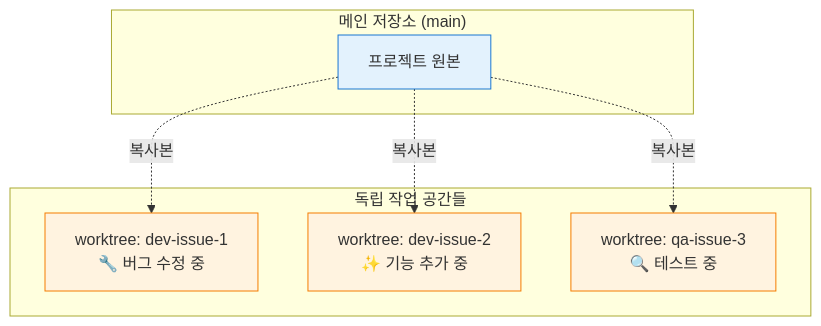
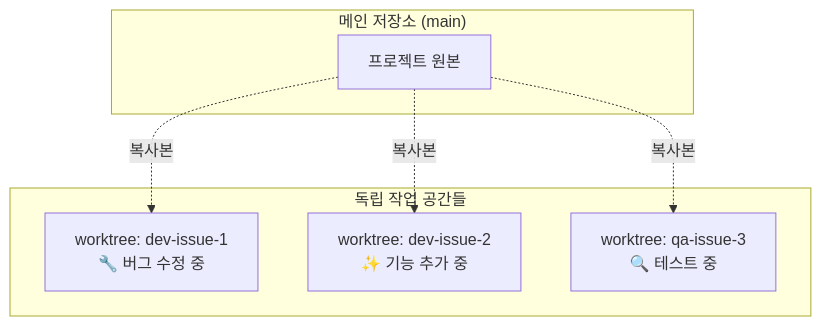
The sixth of 17 diagrams in README.md (tykimos/assiharness), drawn with Mermaid before and after one commit. The commit also changed other lines of this file, not shown here.

First line of the commit message:
fix: remove Mermaid style overrides for light/dark theme compatibility

````diff
--- a/README.md
+++ b/README.md
@@ -153,24 +142,20 @@
 ```mermaid
 graph TD
     subgraph "메인 저장소 (main)"
         M["프로젝트 원본"]
     end
 
     subgraph "독립 작업 공간들"
         W1["worktree: dev-issue-1
         🔧 버그 수정 중"]
         W2["worktree: dev-issue-2
         ✨ 기능 추가 중"]
         W3["worktree: qa-issue-3
         🔍 테스트 중"]
     end
 
     M -.->|"복사본"| W1
     M -.->|"복사본"| W2
     M -.->|"복사본"| W3
 
-    style M fill:#E3F2FD,stroke:#1976D2
-    style W1 fill:#FFF3E0,stroke:#F57C00
-    style W2 fill:#FFF3E0,stroke:#F57C00
-    style W3 fill:#FFF3E0,stroke:#F57C00
 ```
````
